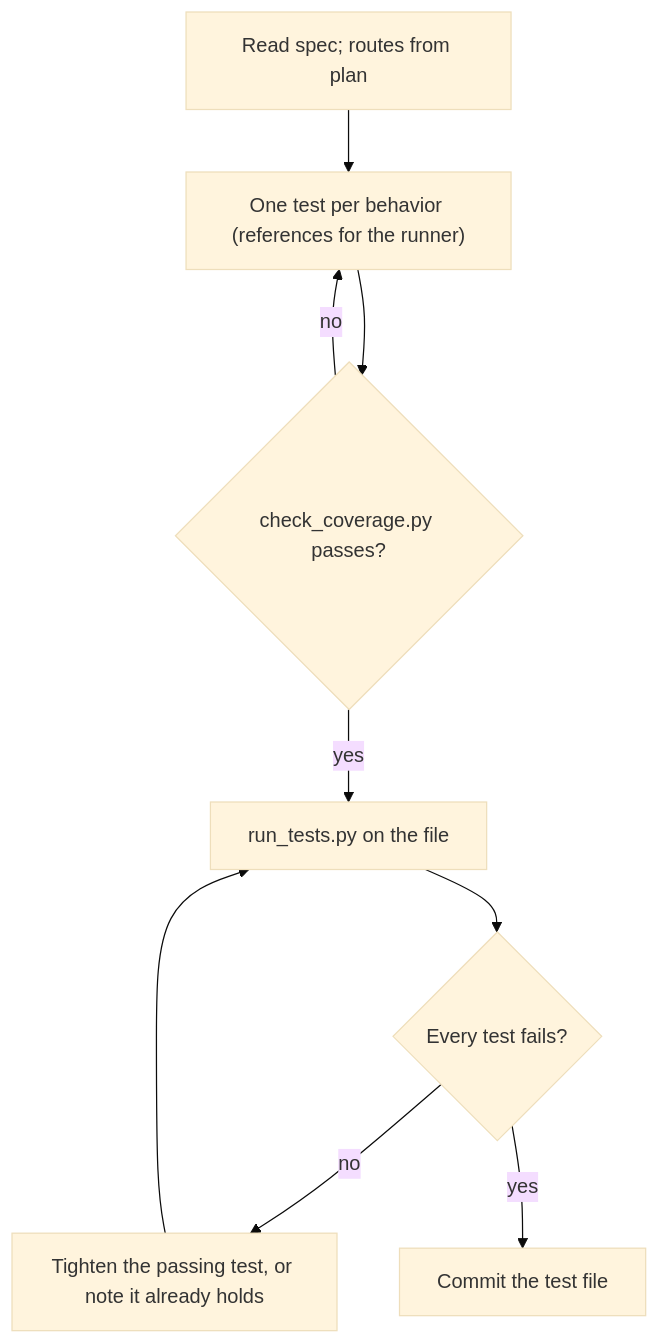
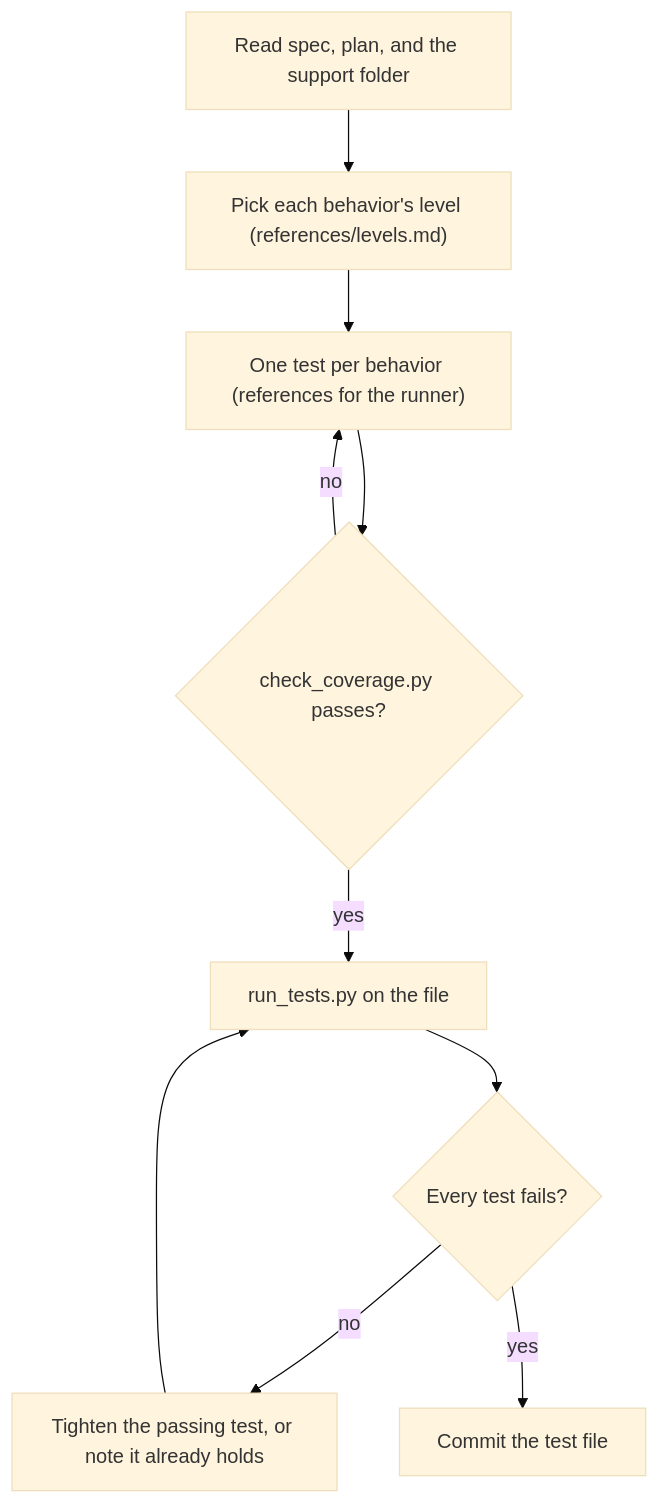
The diagram in skills/write-acceptance-tests/SKILL.md (nateshernandez/skills), drawn with Mermaid (base theme) before and after one commit. The commit also changed other lines of this file and 29 other files, not shown here.

First line of the commit message:
Add test levels to builds

````diff
--- a/skills/write-acceptance-tests/SKILL.md
+++ b/skills/write-acceptance-tests/SKILL.md
@@ -25,10 +28,10 @@
 ```mermaid
 flowchart TD
-  A["Read spec; routes from plan"] --> B["One test per behavior (references for the runner)"]
+  A["Read spec, plan, and the support folder"] --> L["Pick each behavior's level (references/levels.md)"] --> B["One test per behavior (references for the runner)"]
   B --> C{"check_coverage.py passes?"}
   C -- no --> B
   C -- yes --> D["run_tests.py on the file"]
   D --> E{"Every test fails?"}
   E -- no --> F["Tighten the passing test, or note it already holds"] --> D
   E -- yes --> G["Commit the test file"]
 ```
````
